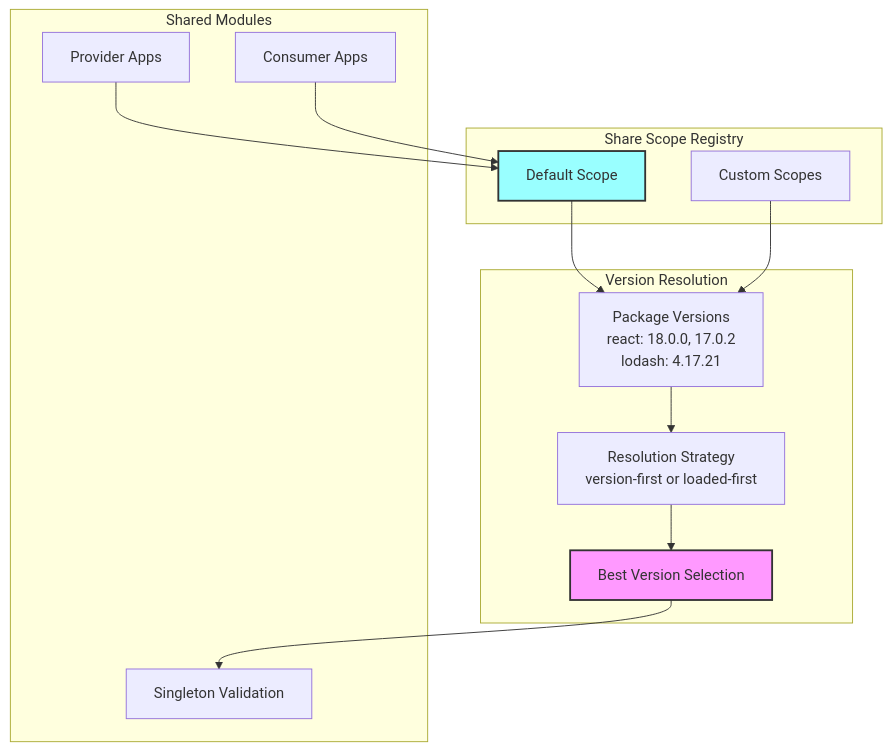
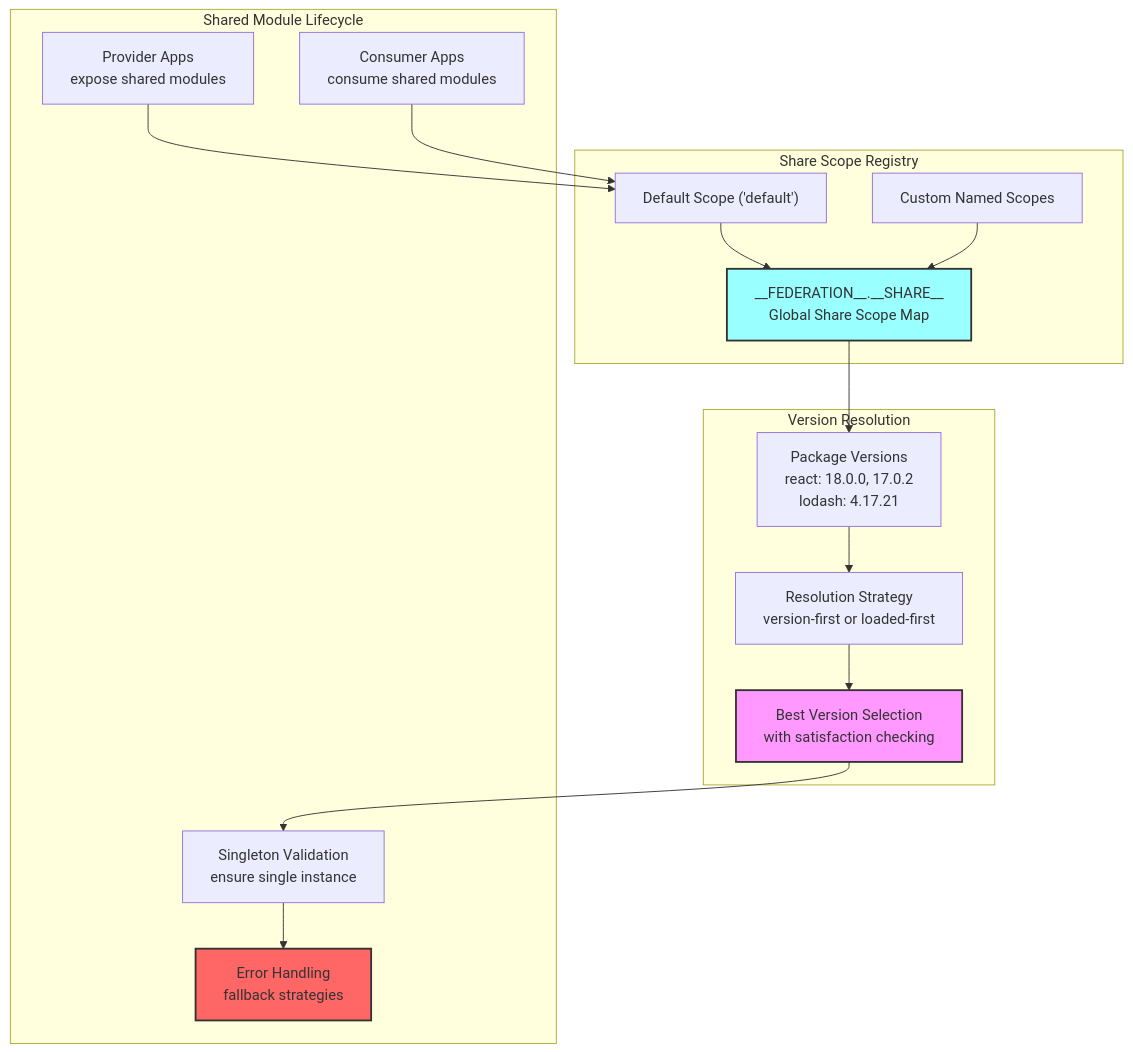
One commit to module-federation/core changed the ninth of 9 diagrams in arch-doc/architecture-overview.md. Above: the diagram before and after it, drawn with Mermaid. The commit also changed other lines of this file and 5 other files, not shown here.

First line of the commit message:
docs: fix all architectural documentation inaccuracies

````diff
--- a/arch-doc/architecture-overview.md
+++ b/arch-doc/architecture-overview.md
@@ -419,31 +558,36 @@
 ```mermaid
 graph TB
     subgraph "Share Scope Registry"
-        DefaultScope[Default Scope]
-        CustomScope[Custom Scopes]
+        DefaultScope["Default Scope ('default')"]
+        CustomScope["Custom Named Scopes"]
+        GlobalMap["__FEDERATION__.__SHARE__<br/>Global Share Scope Map"]
     end
     
     subgraph "Version Resolution"
-        VersionMap[Package Versions<br/>react: 18.0.0, 17.0.2<br/>lodash: 4.17.21]
-        Strategy[Resolution Strategy<br/>version-first or loaded-first]
-        Selection[Best Version Selection]
+        VersionMap["Package Versions<br/>react: 18.0.0, 17.0.2<br/>lodash: 4.17.21"]
+        Strategy["Resolution Strategy<br/>version-first or loaded-first"]
+        Selection["Best Version Selection<br/>with satisfaction checking"]
     end
     
-    subgraph "Shared Modules"
-        Providers[Provider Apps]
-        Consumers[Consumer Apps]
-        SingletonCheck[Singleton Validation]
+    subgraph "Shared Module Lifecycle"
+        Providers["Provider Apps<br/>expose shared modules"]
+        Consumers["Consumer Apps<br/>consume shared modules"]
+        SingletonCheck["Singleton Validation<br/>ensure single instance"]
+        ErrorHandling["Error Handling<br/>fallback strategies"]
     end
     
-    DefaultScope --> VersionMap
-    CustomScope --> VersionMap
+    DefaultScope --> GlobalMap
+    CustomScope --> GlobalMap
+    GlobalMap --> VersionMap
     VersionMap --> Strategy
     Strategy --> Selection
     Selection --> SingletonCheck
+    SingletonCheck --> ErrorHandling
     
     Providers --> DefaultScope
     Consumers --> DefaultScope
     
-    style DefaultScope fill:#9ff,stroke:#333,stroke-width:2px
+    style GlobalMap fill:#9ff,stroke:#333,stroke-width:2px
     style Selection fill:#f9f,stroke:#333,stroke-width:2px
+    style ErrorHandling fill:#f66,stroke:#333,stroke-width:2px
 ```
````
